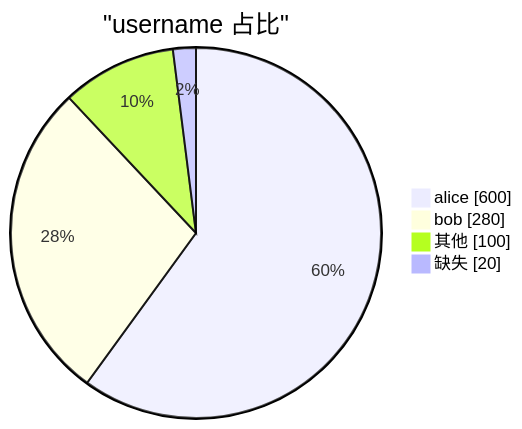
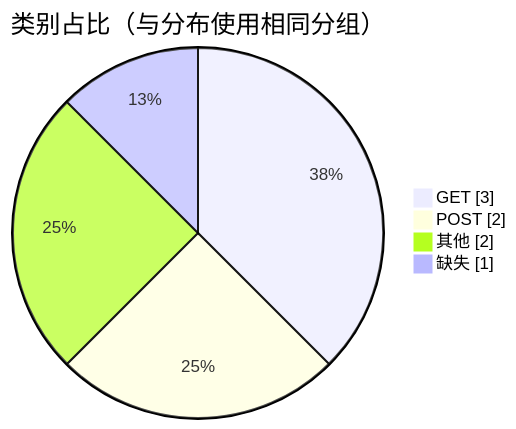
One commit to TencentBlueKing/bk-audit changed the fourth of 6 diagrams in src/backend/services/web/ai_assistant/docs/frontend_statistics.md. Above: the diagram before and after it, drawn with Mermaid. The commit also changed other lines of this file and 6 other files, not shown here.

````diff
--- a/src/backend/services/web/ai_assistant/docs/frontend_statistics.md
+++ b/src/backend/services/web/ai_assistant/docs/frontend_statistics.md
@@ -233,8 +193,8 @@
 ```mermaid
 pie showData
-    title "username 占比"
-    "alice" : 600
-    "bob" : 280
-    "其他" : 100
-    "缺失" : 20
+    title 类别占比（与分布使用相同分组）
+    "GET" : 3
+    "POST" : 2
+    "其他" : 2
+    "缺失" : 1
 ```
````
